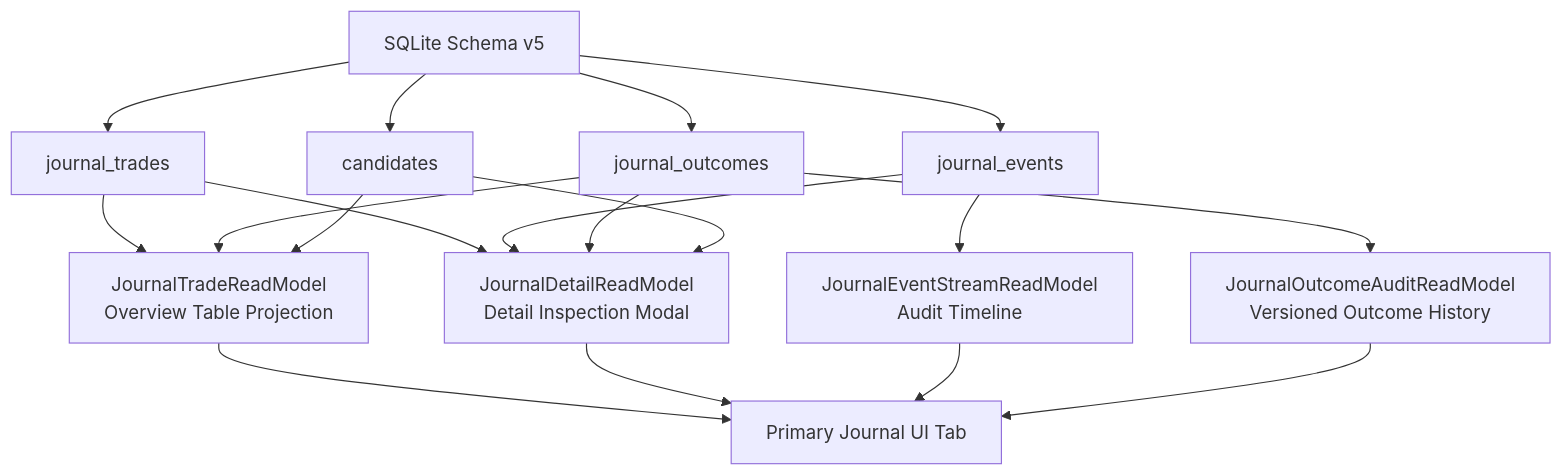
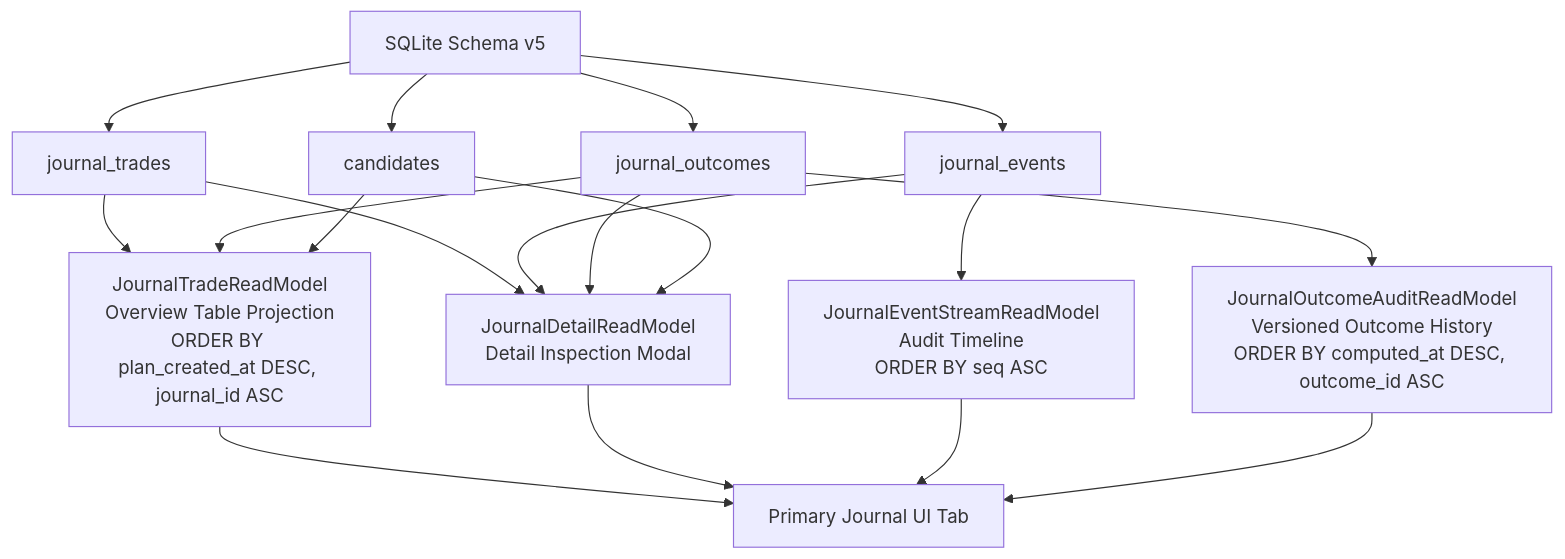
Before and after one commit to gyairbyte/TradeX: the first of 2 diagrams in docs/product/MVP-ARCH-001-R6-READINESS-B.md, drawn with Mermaid. The commit also changed other lines of this file, not shown here.

````diff
--- a/docs/product/MVP-ARCH-001-R6-READINESS-B.md
+++ b/docs/product/MVP-ARCH-001-R6-READINESS-B.md
@@ -240,15 +262,15 @@
 ```mermaid
 flowchart TD
     A[SQLite Schema v5] --> B[journal_trades]
     A --> C[journal_events]
     A --> D[journal_outcomes]
     A --> E[candidates]
 
-    B & D & E --> F[JournalTradeReadModel<br/>Overview Table Projection]
+    B & D & E --> F[JournalTradeReadModel<br/>Overview Table Projection<br/>ORDER BY plan_created_at DESC, journal_id ASC]
     B & C & D & E --> G[JournalDetailReadModel<br/>Detail Inspection Modal]
-    C --> H[JournalEventStreamReadModel<br/>Audit Timeline]
-    D --> I[JournalOutcomeAuditReadModel<br/>Versioned Outcome History]
+    C --> H[JournalEventStreamReadModel<br/>Audit Timeline<br/>ORDER BY seq ASC]
+    D --> I[JournalOutcomeAuditReadModel<br/>Versioned Outcome History<br/>ORDER BY computed_at DESC, outcome_id ASC]
 
     F --> J[Primary Journal UI Tab]
     G & H & I --> J
 ```
````
